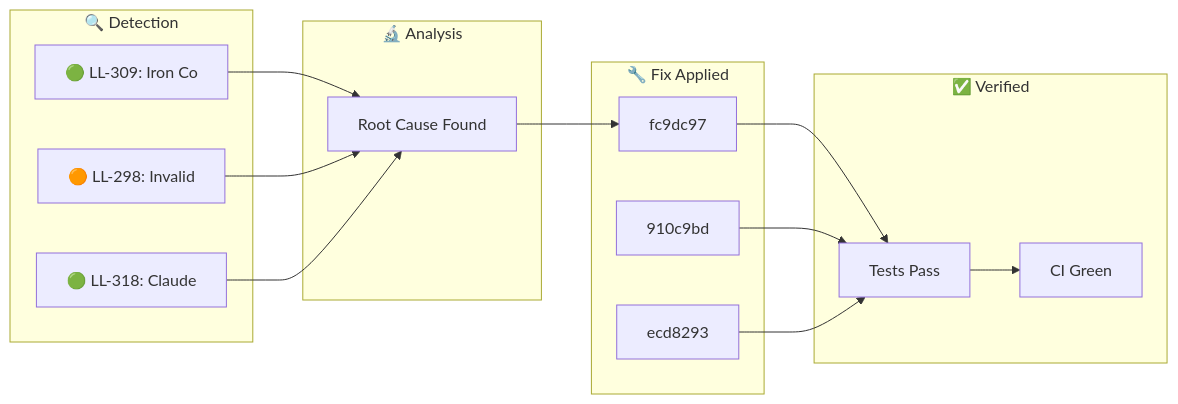
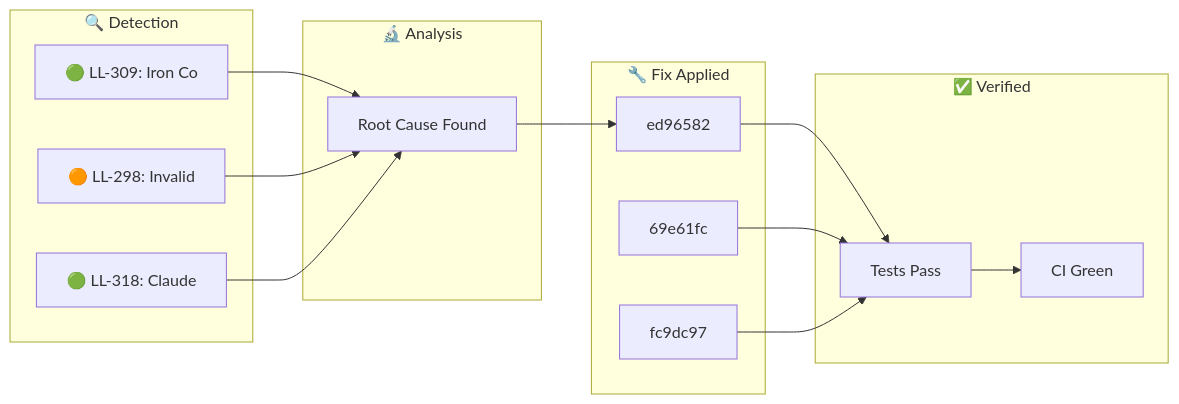
One commit to YoByron/trading changed the diagram in docs/_posts/2026-01-28-ralph-discovery.md. Above: the diagram before and after it, drawn with Mermaid. The commit also changed other lines of this file, not shown here.

````diff
--- a/docs/_posts/2026-01-28-ralph-discovery.md
+++ b/docs/_posts/2026-01-28-ralph-discovery.md
@@ -17,28 +17,28 @@
 ```mermaid
 flowchart LR
     subgraph Detection["🔍 Detection"]
         D1["🟢 LL-309: Iron Co"]
         D2["🟠 LL-298: Invalid"]
         D3["🟢 LL-318: Claude "]
     end
     subgraph Analysis["🔬 Analysis"]
         A1["Root Cause Found"]
     end
     subgraph Fix["🔧 Fix Applied"]
-        F1["fc9dc97"]
-        F2["910c9bd"]
-        F3["ecd8293"]
+        F1["ed96582"]
+        F2["69e61fc"]
+        F3["fc9dc97"]
     end
     subgraph Verify["✅ Verified"]
         V1["Tests Pass"]
         V2["CI Green"]
     end
     D1 --> A1
     D2 --> A1
     D3 --> A1
     A1 --> F1
     F1 --> V1
     F2 --> V1
     F3 --> V1
     V1 --> V2
 ```
````
